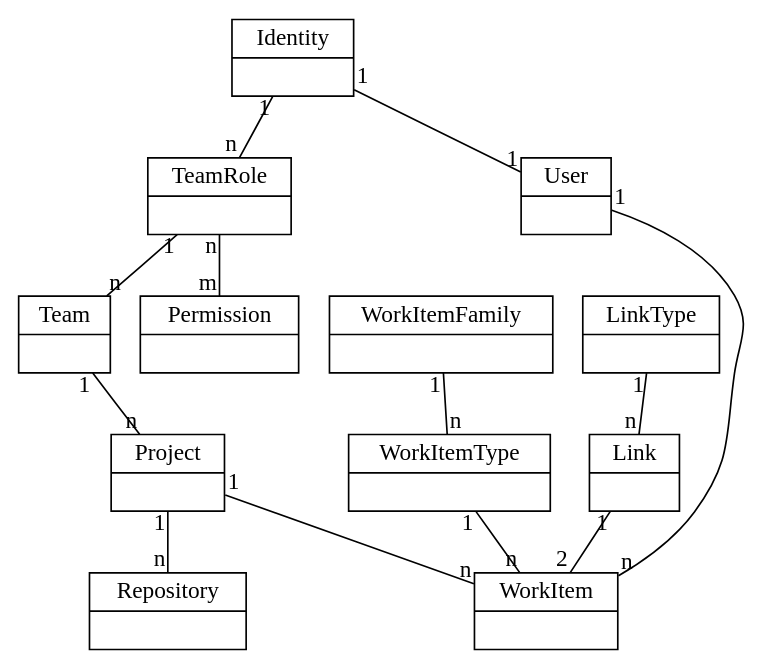
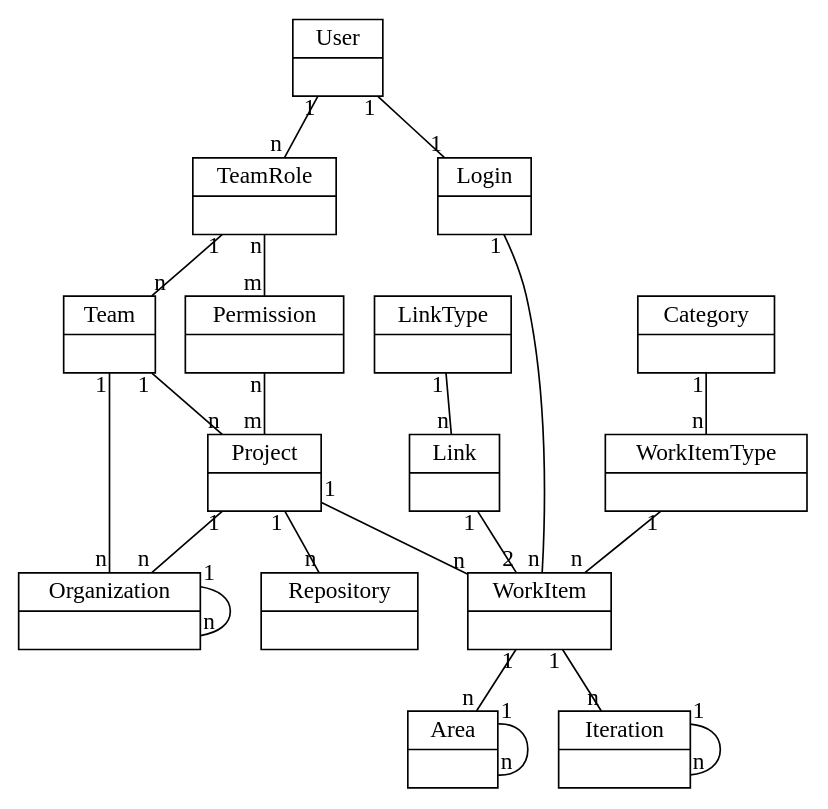
One commit to almighty/almighty-devdoc changed the diagram in _blueprints/model_overview.adoc. Above: the diagram before and after it, drawn with Graphviz.

```diff
--- a/_blueprints/model_overview.adoc
+++ b/_blueprints/model_overview.adoc
@@ -3,58 +3,69 @@
 [graphviz, model_overview, svg]
 ----
 digraph G {
 	node [
 		shape = "record"
 	]
 
-  IDENTITY [label = "{Identity|}"]
   USER [label = "{User|}"]
+  LOGIN [label = "{Login|}"]
   TEAM_ROLE [label = "{TeamRole|}"]
   WORKITEM [label = "{WorkItem|}"]
   TEAM [label = "{Team|}"]
   PERMISSION [label = "{Permission|}"]
   PROJECT [label = "{Project|}"]
   WORKITEM_TYPE [label = "{WorkItemType|}"]
-  CATEGORY [label = "{WorkItemFamily|}"]
+  CATEGORY [label = "{Category|}"]
   LINK [label = "{Link|}"]
   LINK_TYPE [label = "{LinkType|}"]
   REPOSITORY [label = "{Repository|}"]
+  ORGANIZATION [label = "{Organization|}"]
+  AREA [label = "{Area|}"]
+  ITERATION [label = "{Iteration|}"]
 
 	edge [
 		arrowhead = "none"
 		headlabel = "n"
 		taillabel = "1"
 	]
-	IDENTITY -> TEAM_ROLE
-	USER -> WORKITEM
+	USER -> TEAM_ROLE
+	LOGIN -> WORKITEM
 	TEAM_ROLE -> TEAM
 	TEAM -> PROJECT
 	PROJECT -> WORKITEM
 	PROJECT -> REPOSITORY
 	WORKITEM_TYPE -> WORKITEM
 	LINK_TYPE -> LINK
 	CATEGORY -> WORKITEM_TYPE
+	ORGANIZATION -> ORGANIZATION
+	AREA -> AREA
+	ITERATION -> ITERATION
+	TEAM -> ORGANIZATION
+	PROJECT -> ORGANIZATION
+	WORKITEM -> AREA
+	WORKITEM -> ITERATION
 
 	edge [
 		arrowhead = "none"
 		headlabel = "1"
 		taillabel = "1"
 	]
-	IDENTITY -> USER
+	USER -> LOGIN
 
 	edge [
 		arrowhead = "none"
 		headlabel = "m"
 		taillabel = "n"
 	]
 	TEAM_ROLE -> PERMISSION
+	PERMISSION -> PROJECT
 
 	edge [
 		arrowhead = "none"
 		headlabel = "2"
 		taillabel = "1"
 	]
 	LINK -> WORKITEM
 
 }
 ----
```
